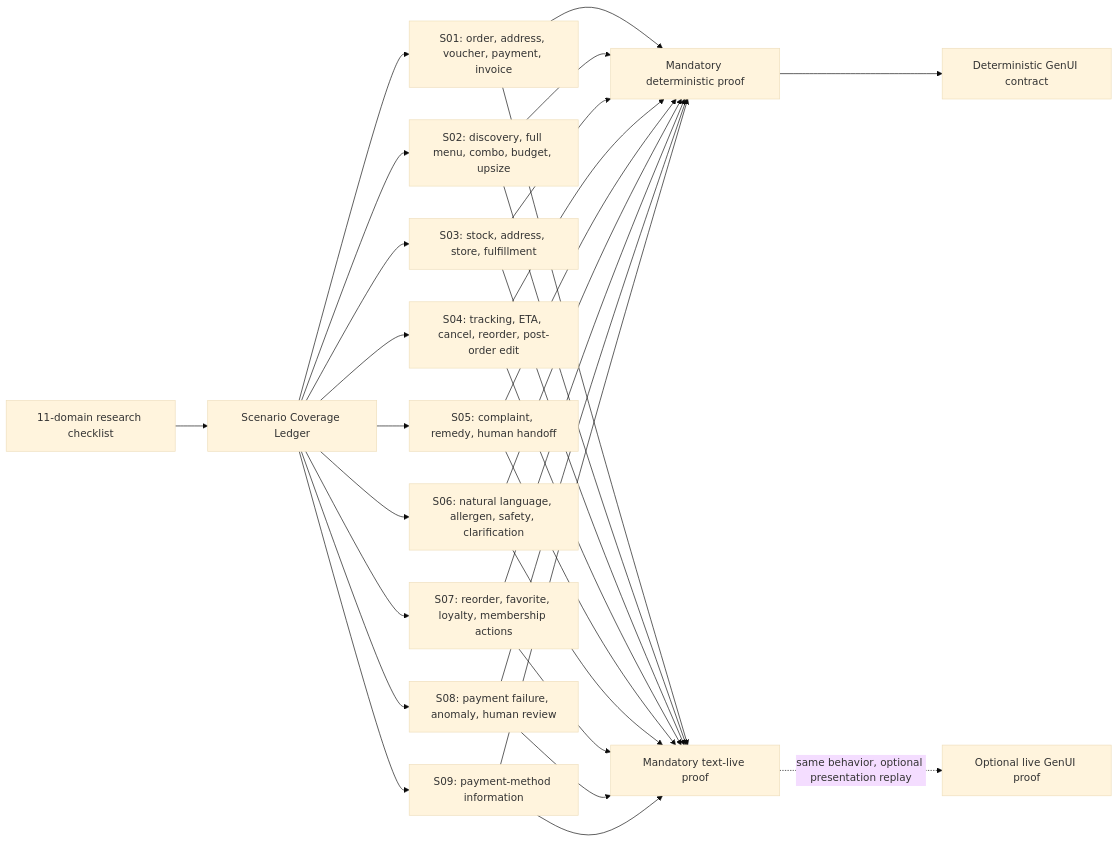
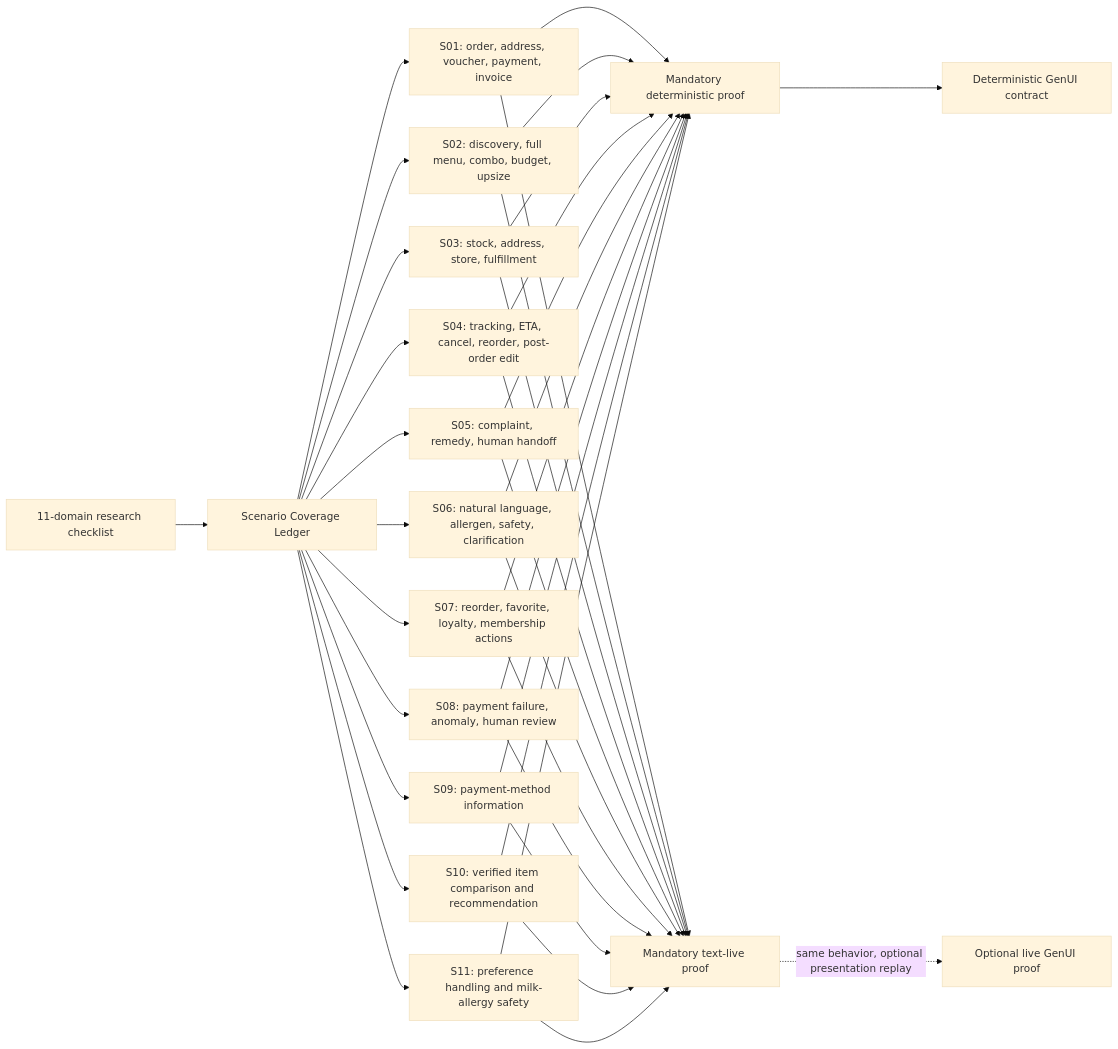
Before and after one commit to ThangVuNguyenViet/hackathon: the diagram in docs/testing-scenarios.md, drawn with Mermaid (base theme). The commit also changed other lines of this file and 176 other files, not shown here.

````diff
--- a/docs/testing-scenarios.md
+++ b/docs/testing-scenarios.md
@@ -33,36 +33,42 @@
 ```mermaid
 flowchart LR
   domains["11-domain research checklist"] --> ledger["Scenario Coverage Ledger"]
   ledger --> s1["S01: order, address, voucher, payment, invoice"]
   ledger --> s2["S02: discovery, full menu, combo, budget, upsize"]
   ledger --> s3["S03: stock, address, store, fulfillment"]
   ledger --> s4["S04: tracking, ETA, cancel, reorder, post-order edit"]
   ledger --> s5["S05: complaint, remedy, human handoff"]
   ledger --> s6["S06: natural language, allergen, safety, clarification"]
   ledger --> s7["S07: reorder, favorite, loyalty, membership actions"]
   ledger --> s8["S08: payment failure, anomaly, human review"]
   ledger --> s9["S09: payment-method information"]
+  ledger --> s10["S10: verified item comparison and recommendation"]
+  ledger --> s11["S11: preference handling and milk-allergy safety"]
 
   s1 --> deterministic["Mandatory deterministic proof"]
   s2 --> deterministic
   s3 --> deterministic
   s4 --> deterministic
   s5 --> deterministic
   s6 --> deterministic
   s7 --> deterministic
   s8 --> deterministic
   s9 --> deterministic
+  s10 --> deterministic
+  s11 --> deterministic
 
   s1 --> text["Mandatory text-live proof"]
   s2 --> text
   s3 --> text
   s4 --> text
   s5 --> text
   s6 --> text
   s7 --> text
   s8 --> text
   s9 --> text
+  s10 --> text
+  s11 --> text
 
   deterministic --> genui["Deterministic GenUI contract"]
   text -. "same behavior, optional presentation replay" .-> liveGenui["Optional live GenUI proof"]
 ```
````
